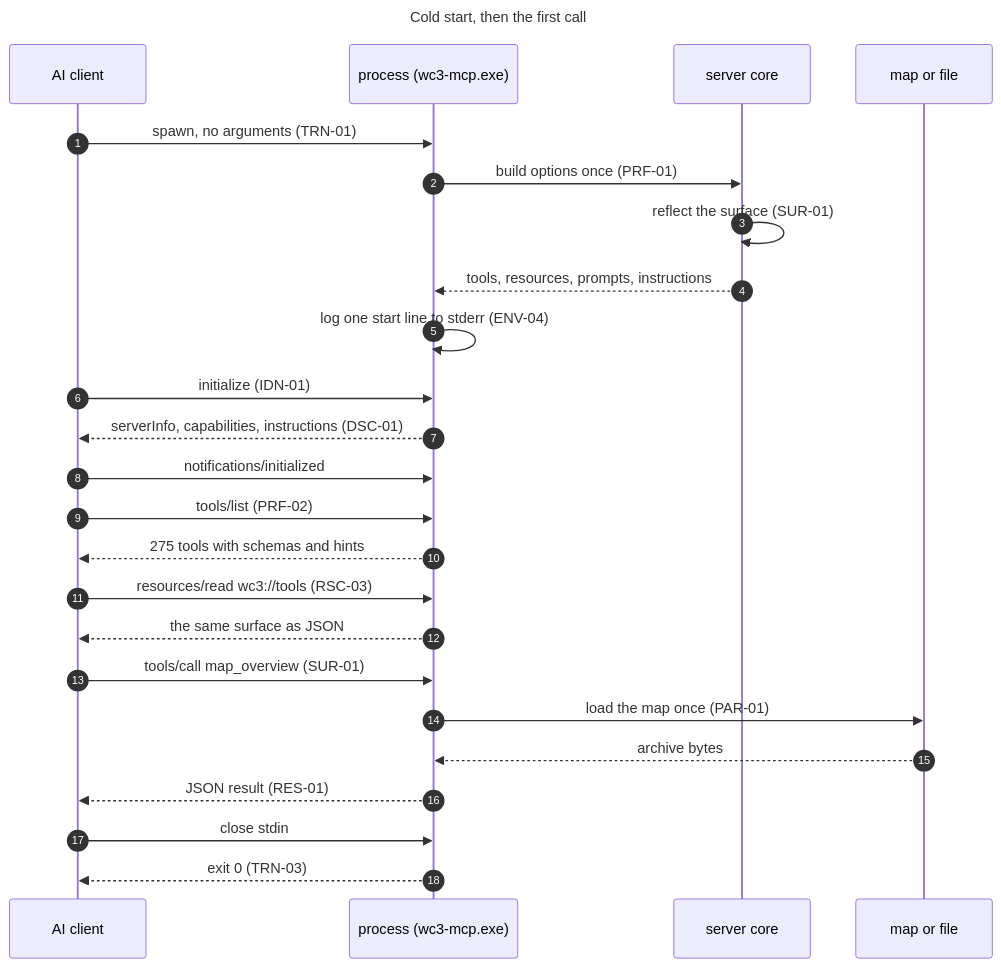
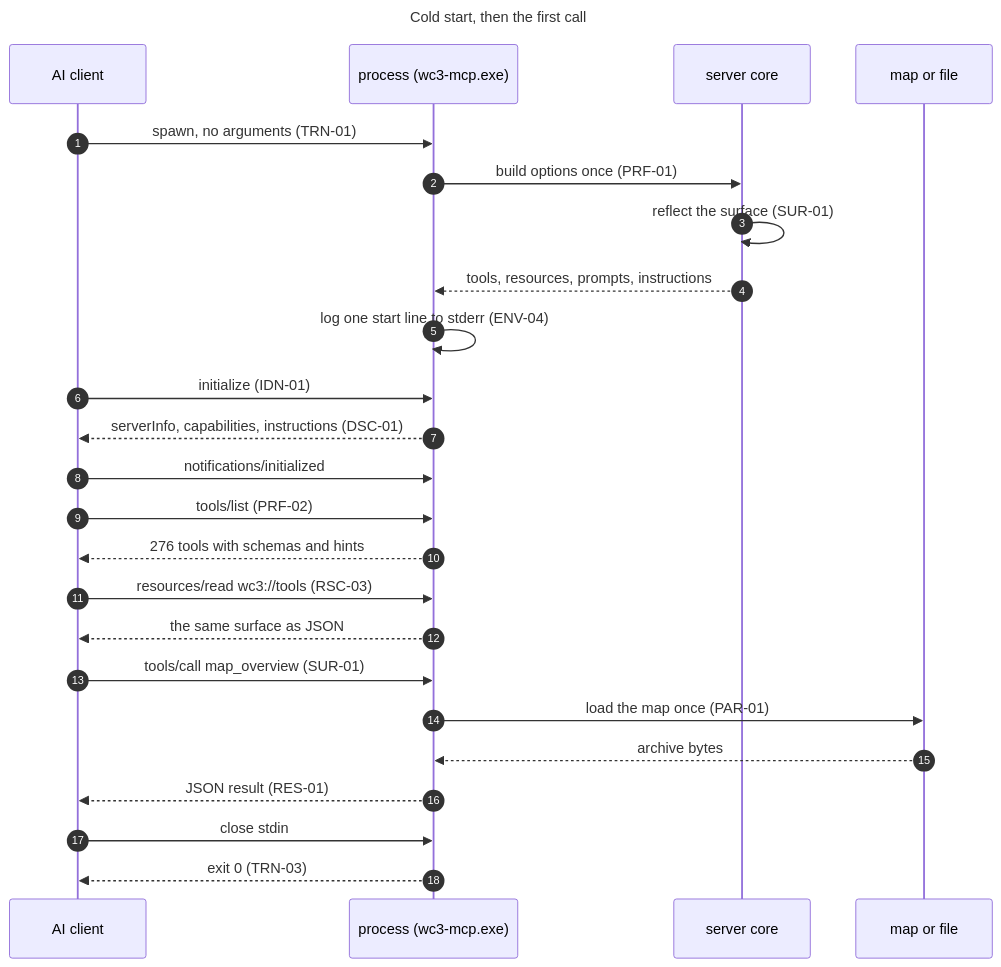
One commit to GodMephisto/wc3-mcp changed the second of 17 diagrams in docs/specification/wc3-mcp-specification-v1.md. Above: the diagram before and after it, drawn with Mermaid. The commit also changed other lines of this file and 12 other files, not shown here.

````diff
--- a/docs/specification/wc3-mcp-specification-v1.md
+++ b/docs/specification/wc3-mcp-specification-v1.md
@@ -819,30 +819,30 @@
 ```mermaid
 ---
 title: Cold start, then the first call
 ---
 sequenceDiagram
     autonumber
     participant C as AI client
     participant P as process (wc3-mcp.exe)
     participant S as server core
     participant F as map or file
 
     C->>P: spawn, no arguments (TRN-01)
     P->>S: build options once (PRF-01)
     S->>S: reflect the surface (SUR-01)
     S-->>P: tools, resources, prompts, instructions
     P->>P: log one start line to stderr (ENV-04)
     C->>P: initialize (IDN-01)
     P-->>C: serverInfo, capabilities, instructions (DSC-01)
     C->>P: notifications/initialized
     C->>P: tools/list (PRF-02)
-    P-->>C: 275 tools with schemas and hints
+    P-->>C: 276 tools with schemas and hints
     C->>P: resources/read wc3://tools (RSC-03)
     P-->>C: the same surface as JSON
     C->>P: tools/call map_overview (SUR-01)
     P->>F: load the map once (PAR-01)
     F-->>P: archive bytes
     P-->>C: JSON result (RES-01)
     C->>P: close stdin
     P-->>C: exit 0 (TRN-03)
 ```
````
